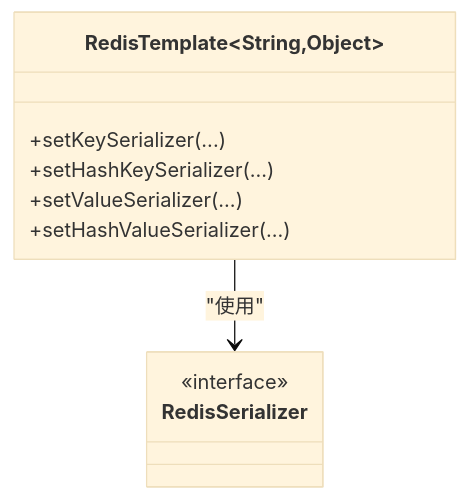
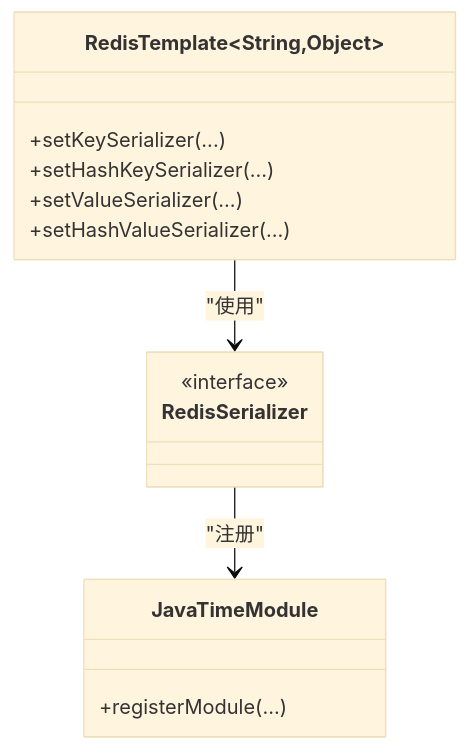
One commit to guanglei93/pandora-cloud changed the fifth of 7 diagrams in .qoder/repowiki/zh/content/核心模块/工具类库/缓存工具类.md. Above: the diagram before and after it, drawn with Mermaid (base theme). The commit also changed other lines of this file and 1 other file, not shown here.

````diff
--- a/.qoder/repowiki/zh/content/核心模块/工具类库/缓存工具类.md
+++ b/.qoder/repowiki/zh/content/核心模块/工具类库/缓存工具类.md
@@ -156,13 +190,17 @@
 ```mermaid
 classDiagram
 class RedisTemplate~String,Object~ {
 +setKeySerializer(...)
 +setHashKeySerializer(...)
 +setValueSerializer(...)
 +setHashValueSerializer(...)
 }
 class RedisSerializer {
 <<interface>>
 }
+class JavaTimeModule {
++registerModule(...)
+}
 RedisTemplate --> RedisSerializer : "使用"
+RedisSerializer --> JavaTimeModule : "注册"
 ```
````
